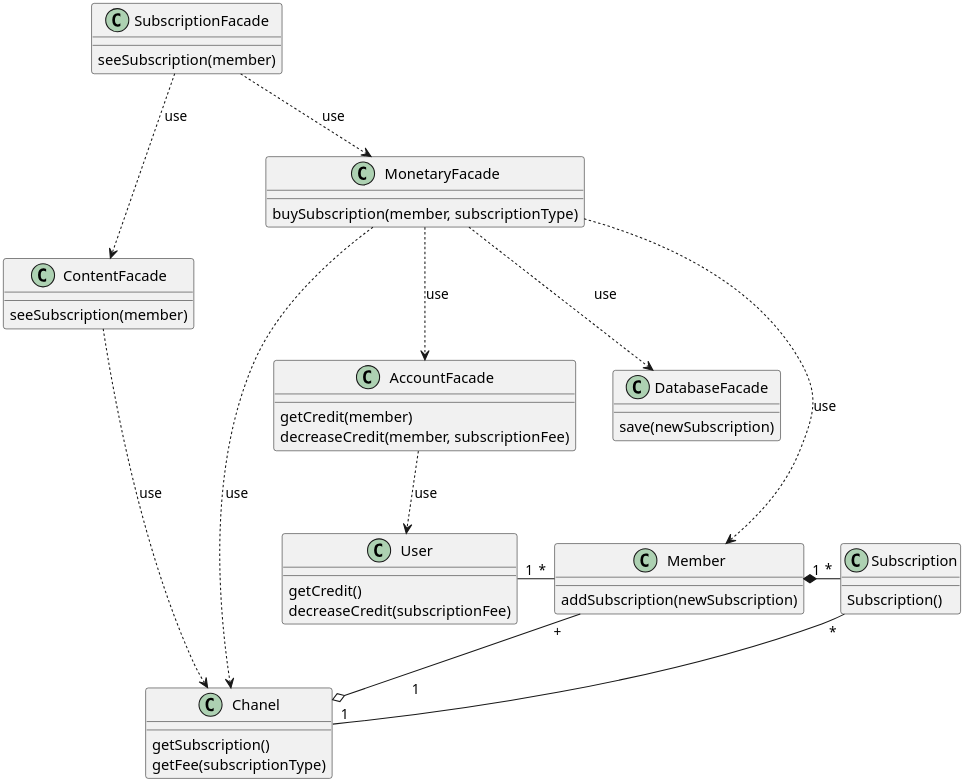
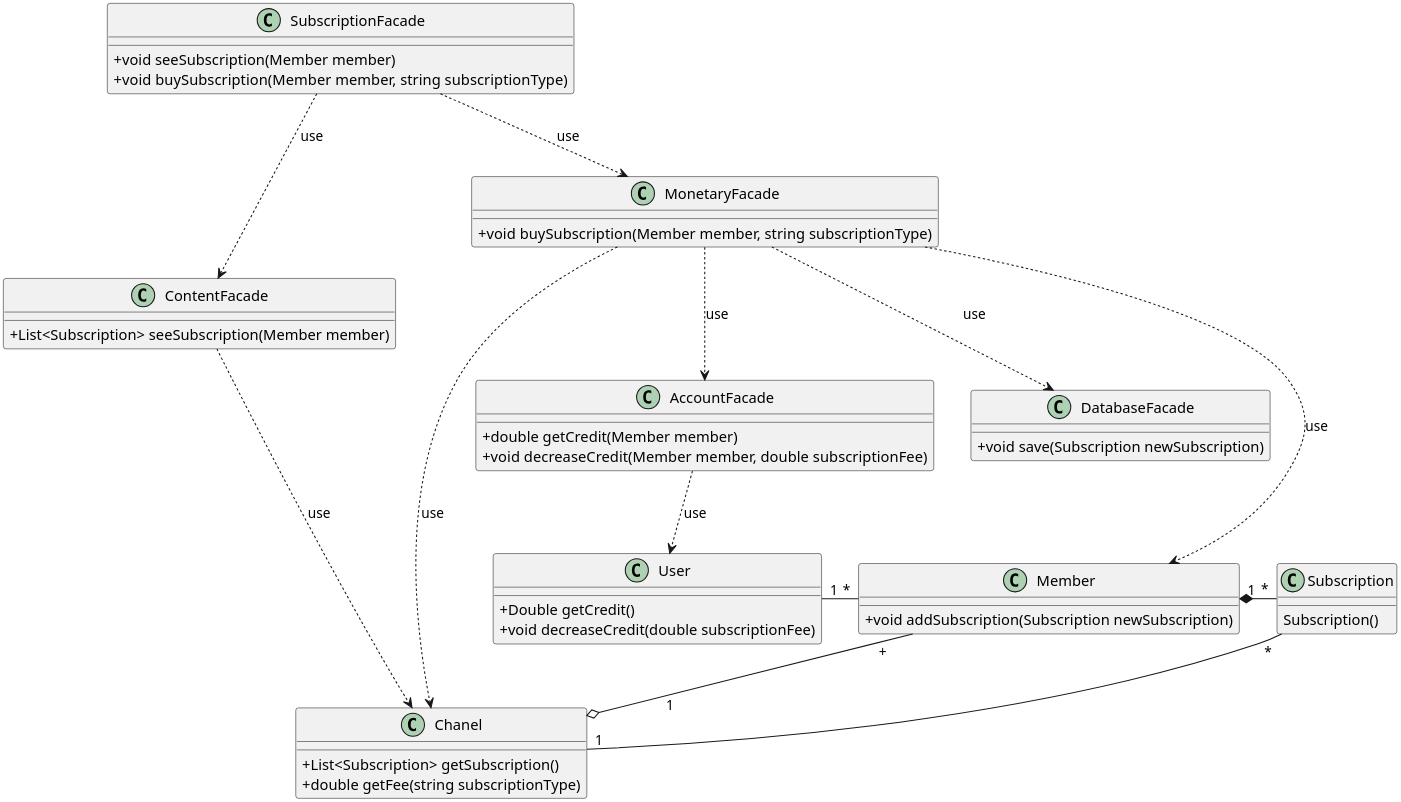
Before and after one commit to soleyman79/Qasedak: the diagram in Diagrams/Design Class/BuySubscription.puml, drawn with PlantUML.

Commit message:
BuySubscription: add type and privacy

```diff
--- a/Diagrams/Design Class/BuySubscription.puml
+++ b/Diagrams/Design Class/BuySubscription.puml
@@ -1,58 +1,60 @@
 @startuml buy_subscription
 
 scale 3
 skinparam DefaultFontName B Nazanin
 skinparam ArrowMessageAlignment right
+skinparam classAttributeIconSize 0
 
 class "Subscription" as subscription {
     Subscription()
 }
 
 class "Chanel" as chanel {
-    getSubscription()
-    getFee(subscriptionType)
+    +List<Subscription> getSubscription()
+    +double getFee(string subscriptionType)
 }
 
 class "Member" as member {
-    addSubscription(newSubscription)
+    +void addSubscription(Subscription newSubscription)
 }
 
 class "User" as user {
-    getCredit()
-    decreaseCredit(subscriptionFee)
+    +Double getCredit()
+    +void decreaseCredit(double subscriptionFee)
 }
 
 class "ContentFacade" {
-    seeSubscription(member)
+    +List<Subscription> seeSubscription(Member member)
 }
 
 class "AccountFacade" {
-    getCredit(member)
-    decreaseCredit(member, subscriptionFee)
+    +double getCredit(Member member)
+    +void decreaseCredit(Member member, double subscriptionFee)
 }
 
 class "MonetaryFacade" {
-    buySubscription(member, subscriptionType)
+    +void buySubscription(Member member, string subscriptionType)
 }
 
 class "DatabaseFacade" {
-    save(newSubscription)
+    +void save(Subscription newSubscription)
 }
 
 class "SubscriptionFacade" {
-    seeSubscription(member)
+    +void seeSubscription(Member member)
+    +void buySubscription(Member member, string subscriptionType)
 }
 
 chanel "                    1" o-up- "+" member
 subscription "              *" -down- "1" chanel
 member "1" *-right- "*" subscription
 member "*" -left- "1" user
 MonetaryFacade  ..>  AccountFacade :use
 SubscriptionFacade  ..>  ContentFacade :use
 SubscriptionFacade ..>  MonetaryFacade :use
 MonetaryFacade ..>  DatabaseFacade :use
 ContentFacade .>  chanel :use
 AccountFacade ..>  user :use
 MonetaryFacade .>  chanel :use
 MonetaryFacade .>  member :use
 @enduml
```
